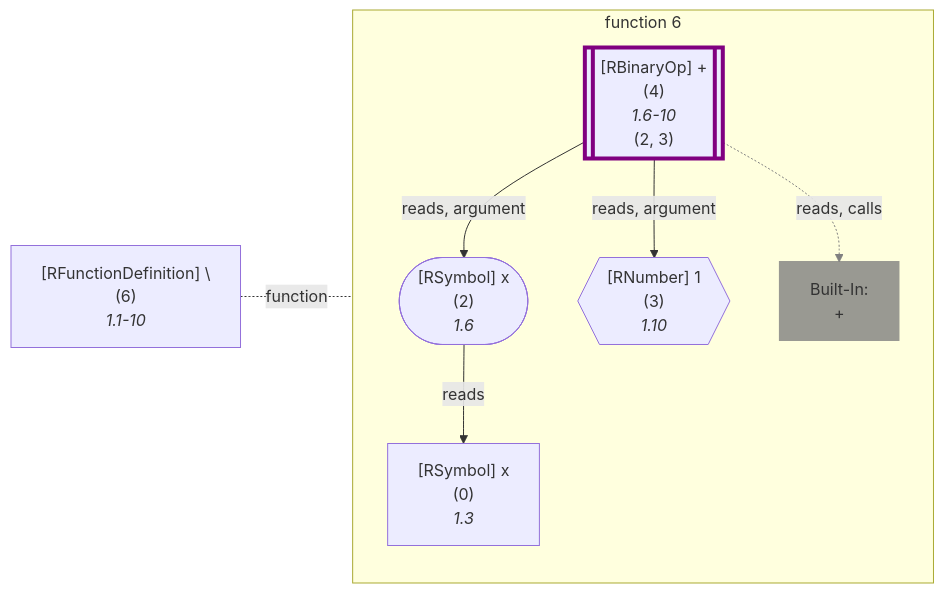
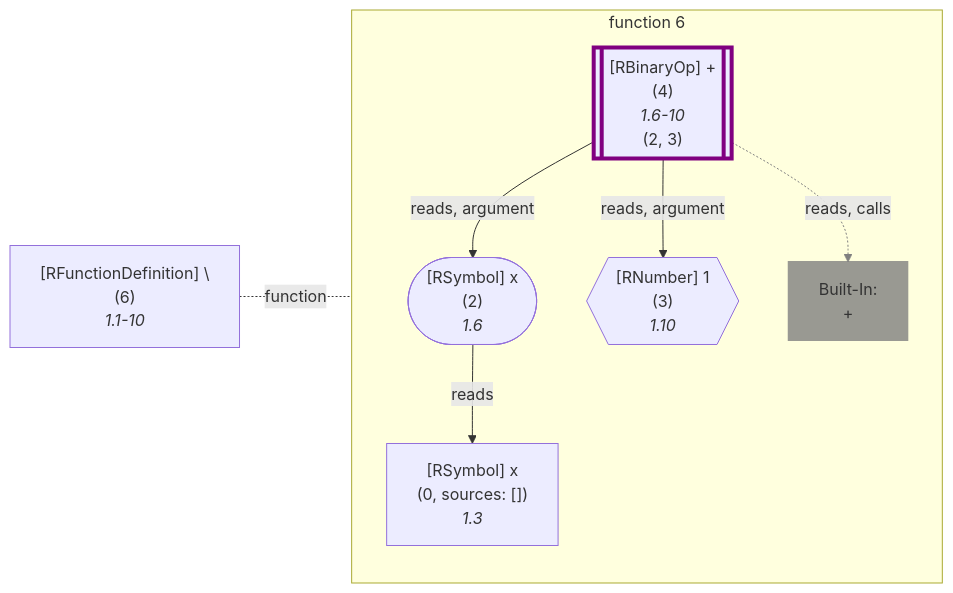
One commit to flowr-analysis/flowr changed diagram 29 of 58 in wiki/Dataflow Graph.md. Above: the diagram before and after it, drawn with Mermaid. The commit also changed other lines of this file and 90 other files, not shown here.

````diff
--- a/wiki/Dataflow Graph.md
+++ b/wiki/Dataflow Graph.md
@@ -3833,35 +3837,35 @@
 ```mermaid
 flowchart LR
     6["`#91;RFunctionDefinition#93; #92;
       (6)
       *1.1-10*`"]
 
 subgraph "flow-6" [function 6]
     0["`#91;RSymbol#93; x
-      (0)
+      (0, sources: [])
       *1.3*`"]
    %% No edges found for 0
     2(["`#91;RSymbol#93; x
       (2)
       *1.6*`"])
     3{{"`#91;RNumber#93; 1
       (3)
       *1.10*`"}}
    %% No edges found for 3
     4[["`#91;RBinaryOp#93; #43;
       (4)
       *1.6-10*
     (2, 3)`"]]
     built-in:_["`Built-In:
 #43;`"]
     style built-in:_ stroke:gray,fill:gray,stroke-width:2px,opacity:.8;
     style 4 stroke:purple,stroke-width:4px; 
 end
    %% No edges found for 6
     2 -->|"reads"| 0
     4 -->|"reads, argument"| 2
     4 -->|"reads, argument"| 3
     4 -.->|"reads, calls"| built-in:_
     linkStyle 3 stroke:gray;
 6 -.-|function| flow-6
 ```
````
